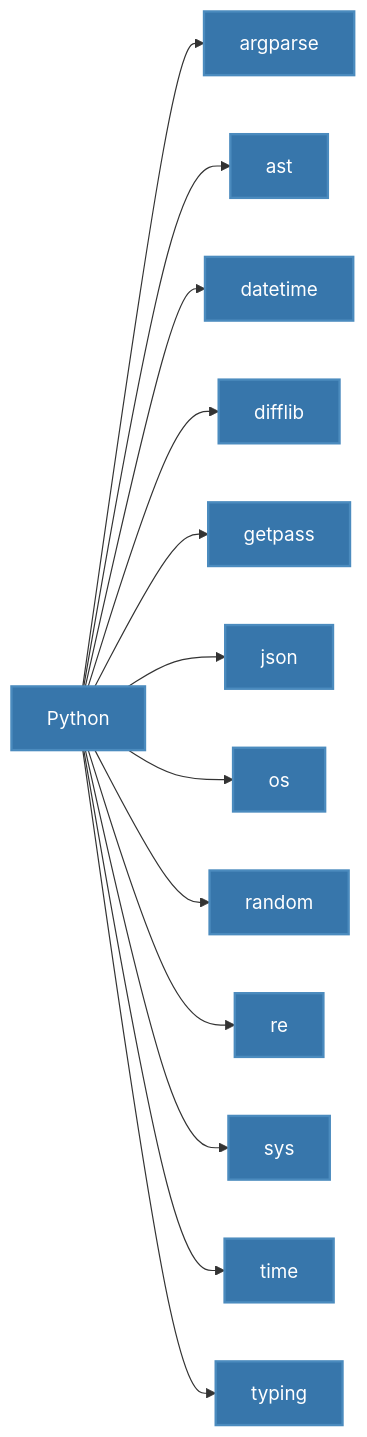
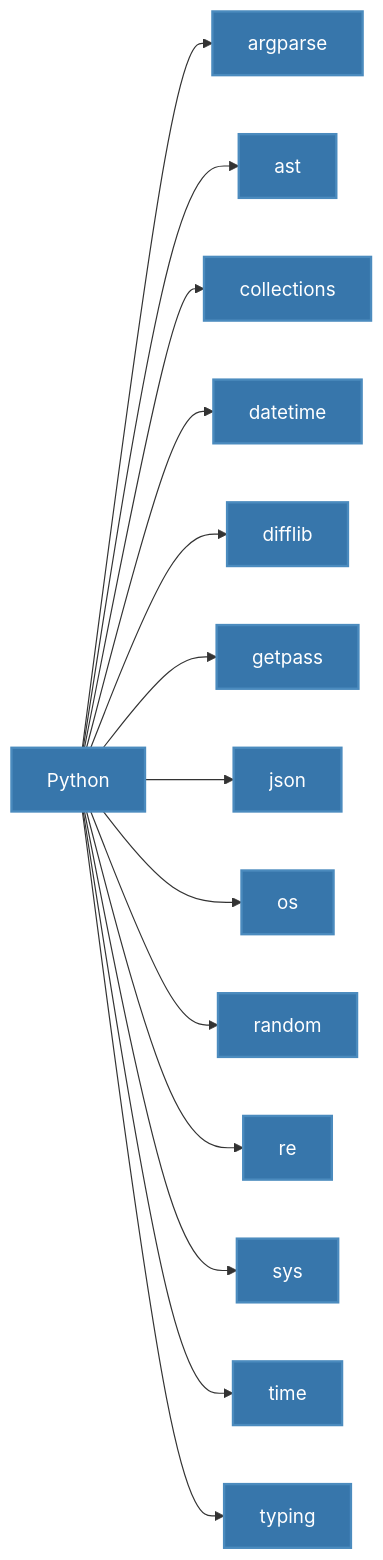
Before and after one commit to lystwork/ndaversis: the second of 7 diagrams in readme.md, drawn with Mermaid. The commit also changed other lines of this file and 4 other files, not shown here.

````diff
--- a/readme.md
+++ b/readme.md
@@ -183,20 +187,21 @@
 ```mermaid
 graph LR
-    Python --> argparse & ast & datetime & difflib & getpass & json & os & random & re & sys & time & typing
+    Python --> argparse & ast & collections & datetime & difflib & getpass & json & os & random & re & sys & time & typing
 
 %% Dark mode styling
 classDef pythonNode fill:#3776ab,stroke:#4b8bbe,stroke-width:2px,color:#fff
 class Python pythonNode
 class argparse pythonNode
 class ast pythonNode
+class collections pythonNode
 class datetime pythonNode
 class difflib pythonNode
 class getpass pythonNode
 class json pythonNode
 class os pythonNode
 class random pythonNode
 class re pythonNode
 class sys pythonNode
 class time pythonNode
 class typing pythonNode
 ```
````
